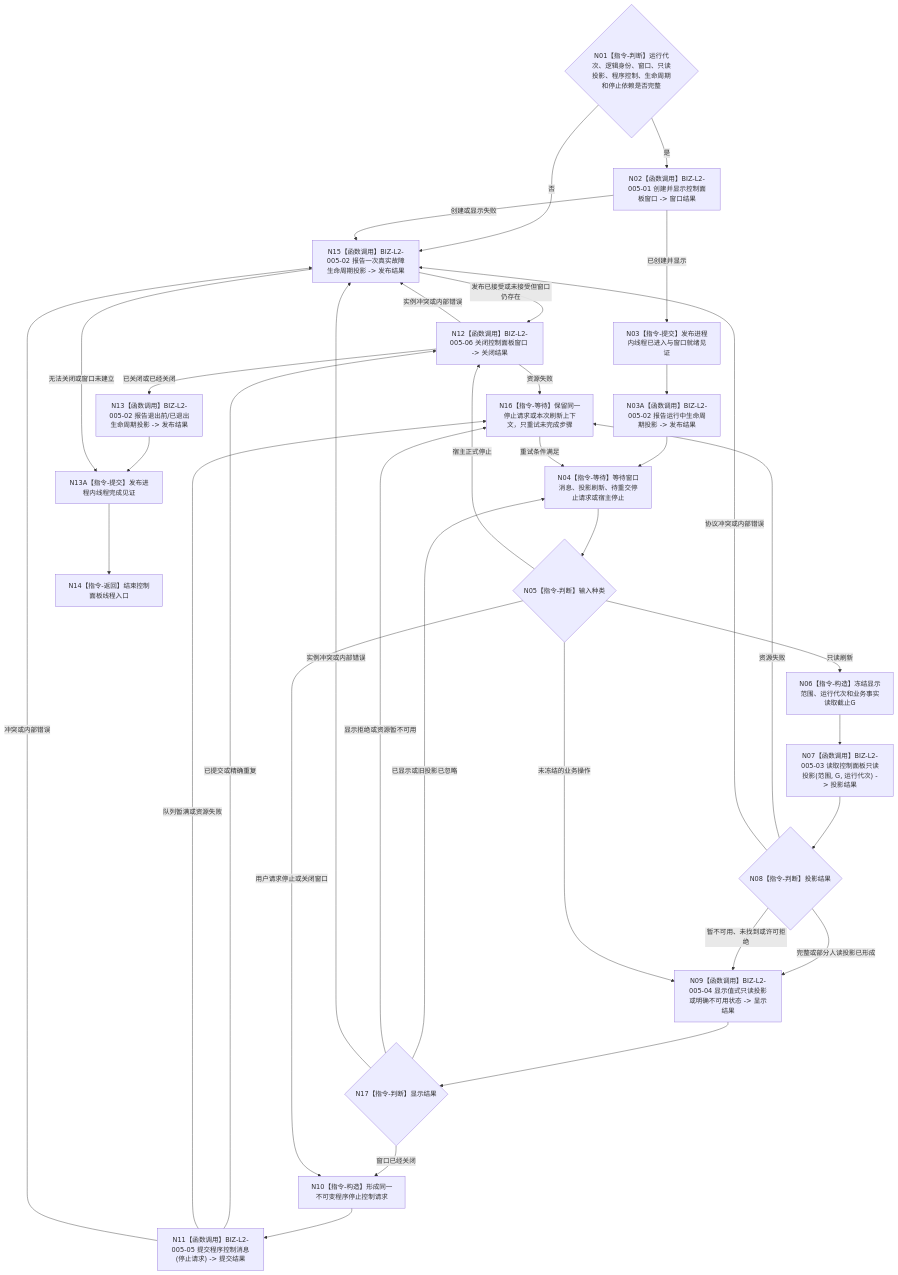
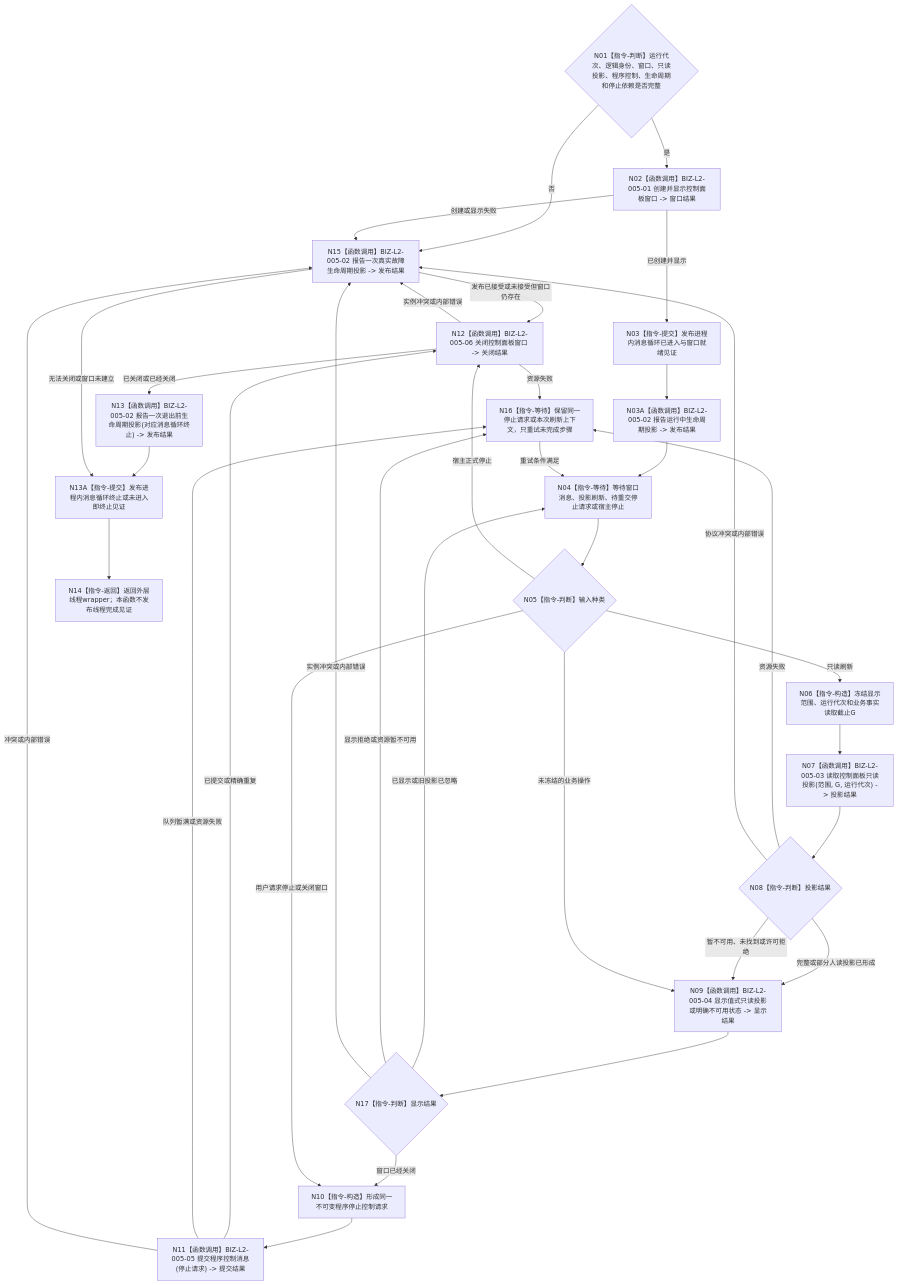
Before and after one commit to chunhaizh-cyber/HY-Ego: the diagram in 流程图/目标业务流程图/BIZ-L1-T05_控制面板线程只读消息循环_目标函数流程图_v0.4.md, drawn with Mermaid. The commit also changed other lines of this file and 4 other files, not shown here.

````diff
--- a/流程图/目标业务流程图/BIZ-L1-T05_控制面板线程只读消息循环_目标函数流程图_v0.4.md
+++ b/流程图/目标业务流程图/BIZ-L1-T05_控制面板线程只读消息循环_目标函数流程图_v0.4.md
@@ -39,55 +39,55 @@
 ```mermaid
 flowchart TD
     N01{"N01【指令-判断】运行代次、逻辑身份、窗口、只读投影、程序控制、生命周期和停止依赖是否完整"}
     N02["N02【函数调用】BIZ-L2-005-01 创建并显示控制面板窗口 -> 窗口结果"]
-    N03["N03【指令-提交】发布进程内线程已进入与窗口就绪见证"]
+    N03["N03【指令-提交】发布进程内消息循环已进入与窗口就绪见证"]
     N03A["N03A【函数调用】BIZ-L2-005-02 报告运行中生命周期投影 -> 发布结果"]
     N04["N04【指令-等待】等待窗口消息、投影刷新、待重交停止请求或宿主停止"]
     N05{"N05【指令-判断】输入种类"}
 
     N06["N06【指令-构造】冻结显示范围、运行代次和业务事实读取截止G"]
     N07["N07【函数调用】BIZ-L2-005-03 读取控制面板只读投影(范围, G, 运行代次) -> 投影结果"]
     N08{"N08【指令-判断】投影结果"}
     N09["N09【函数调用】BIZ-L2-005-04 显示值式只读投影或明确不可用状态 -> 显示结果"]
 
     N10["N10【指令-构造】形成同一不可变程序停止控制请求"]
     N11["N11【函数调用】BIZ-L2-005-05 提交程序控制消息(停止请求) -> 提交结果"]
     N12["N12【函数调用】BIZ-L2-005-06 关闭控制面板窗口 -> 关闭结果"]
-    N13["N13【函数调用】BIZ-L2-005-02 报告退出前/已退出生命周期投影 -> 发布结果"]
-    N13A["N13A【指令-提交】发布进程内线程完成见证"]
-    N14["N14【指令-返回】结束控制面板线程入口"]
+    N13["N13【函数调用】BIZ-L2-005-02 报告一次退出前生命周期投影(对应消息循环终止) -> 发布结果"]
+    N13A["N13A【指令-提交】发布进程内消息循环终止或未进入即终止见证"]
+    N14["N14【指令-返回】返回外层线程wrapper；本函数不发布线程完成见证"]
 
     N15["N15【函数调用】BIZ-L2-005-02 报告一次真实故障生命周期投影 -> 发布结果"]
     N16["N16【指令-等待】保留同一停止请求或本次刷新上下文，只重试未完成步骤"]
     N17{"N17【指令-判断】显示结果"}
 
     N01 -->|否| N15
     N01 -->|是| N02
     N02 -->|已创建并显示| N03 --> N03A --> N04
     N02 -->|创建或显示失败| N15
 
     N04 --> N05
     N05 -->|只读刷新| N06 --> N07 --> N08
     N08 -->|完整或部分人读投影已形成| N09 --> N17
     N08 -->|暂不可用、未找到或许可拒绝| N09
     N08 -->|资源失败| N16
     N08 -->|协议冲突或内部错误| N15
     N17 -->|已显示或旧投影已忽略| N04
     N17 -->|窗口已经关闭| N10
     N17 -->|显示拒绝或资源暂不可用| N16
     N17 -->|实例冲突或内部错误| N15
 
     N05 -->|用户请求停止或关闭窗口| N10 --> N11
     N11 -->|已提交或精确重复| N12
     N11 -->|队列暂满或资源失败| N16
     N11 -->|冲突或内部错误| N15
 
     N05 -->|宿主正式停止| N12
     N05 -->|未冻结的业务操作| N09
     N12 -->|已关闭或已经关闭| N13 --> N13A --> N14
     N12 -->|资源失败| N16
     N12 -->|实例冲突或内部错误| N15
     N16 -->|重试条件满足| N04
     N15 -->|发布已接受或未接受但窗口仍存在| N12
     N15 -->|无法关闭或窗口未建立| N13A
 ```
````
